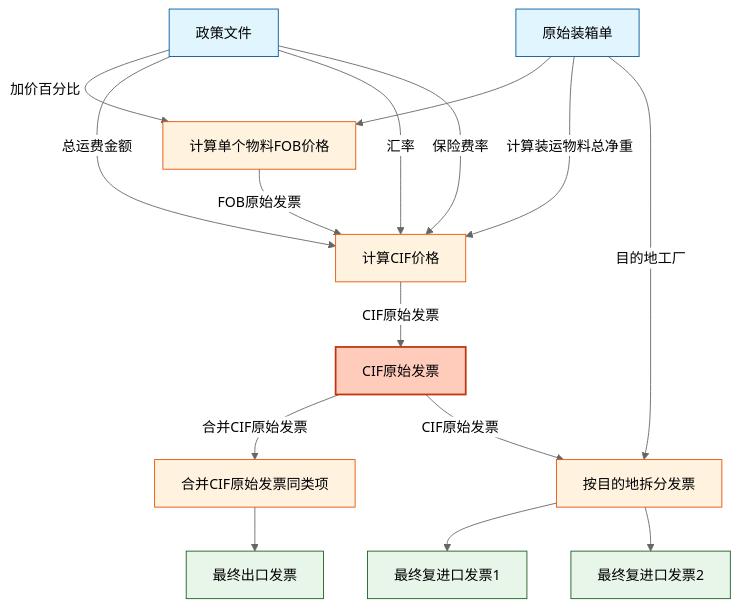
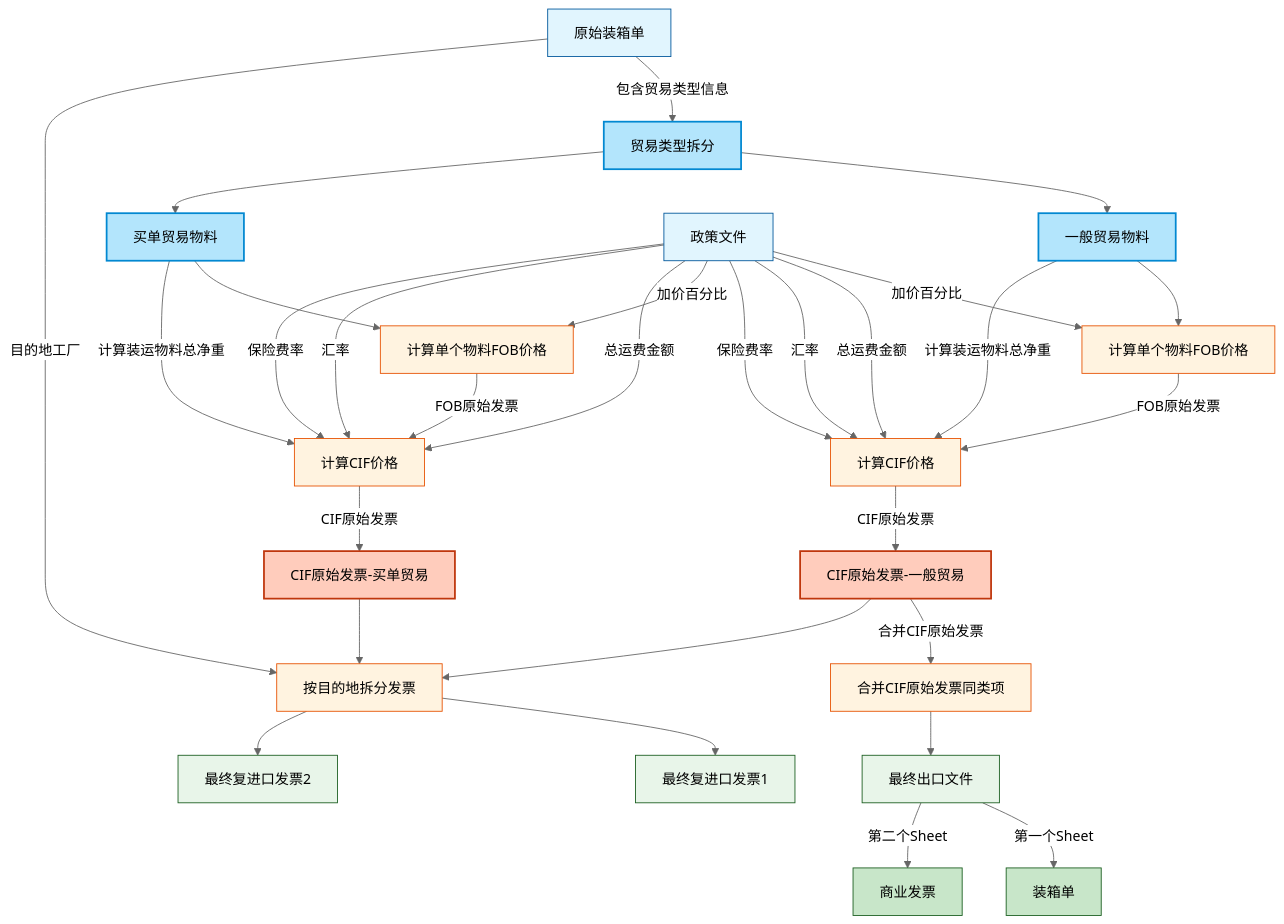
The second of 7 diagrams in WORKFLOW-CN.md (anlaganlag/export_reimport), drawn with Mermaid (neutral theme) before and after one commit. The commit also changed other lines of this file and 21 other files, not shown here.

````diff
--- a/WORKFLOW-CN.md
+++ b/WORKFLOW-CN.md
@@ -15,39 +27,65 @@
 ```mermaid
 graph TD
     %% 输入文件
-    OPL[原始装箱单] --> CFOB[计算单个物料FOB价格]
+    OPL[原始装箱单] --> |包含贸易类型信息|SPLIT[贸易类型拆分]
+    SPLIT --> GT[一般贸易物料]
+    SPLIT --> BT[买单贸易物料]
     
-    %% FOB计算
-    PF[政策文件] --> |加价百分比| CFOB
+    %% 一般贸易流程
+    GT --> CFOB_GT[计算单个物料FOB价格]
+    PF[政策文件] --> |加价百分比| CFOB_GT
     
-    %% FOB到CIF转换
-    OPL --> |计算装运物料总净重|CCIF[计算CIF价格]
-    PF --> |总运费金额|CCIF
-    PF --> |汇率|CCIF
-    PF --> |保险费率|CCIF
-    CFOB --> |FOB原始发票|CCIF
+    %% FOB到CIF转换 - 一般贸易
+    GT --> |计算装运物料总净重|CCIF_GT[计算CIF价格]
+    PF --> |总运费金额|CCIF_GT
+    PF --> |汇率|CCIF_GT
+    PF --> |保险费率|CCIF_GT
+    CFOB_GT --> |FOB原始发票|CCIF_GT
     
-    %% 生成CIF原始发票
-    CCIF --> |CIF原始发票|CIFORG[CIF原始发票]
+    %% 生成CIF原始发票 - 一般贸易
+    CCIF_GT --> |CIF原始发票|CIFORG_GT[CIF原始发票-一般贸易]
     
-    %% CIF到最终发票处理
-    CIFORG --> |合并CIF原始发票|MERGE[合并CIF原始发票同类项]
-    MERGE --> EXP[最终出口发票]
-
-    %% 拆分原始发票
-    CIFORG --> |CIF原始发票|SI[按目的地拆分发票]
+    %% CIF到最终发票处理 - 一般贸易
+    CIFORG_GT --> |合并CIF原始发票|MERGE[合并CIF原始发票同类项]
+    MERGE --> EXP[最终出口文件]
+    
+    %% 最终出口文件说明
+    EXP --> |第一个Sheet|PL[装箱单]
+    EXP --> |第二个Sheet|CI[商业发票]
+    
+    %% 买单贸易流程
+    BT --> CFOB_BT[计算单个物料FOB价格]
+    PF --> |加价百分比| CFOB_BT
+    
+    %% FOB到CIF转换 - 买单贸易
+    BT --> |计算装运物料总净重|CCIF_BT[计算CIF价格]
+    PF --> |总运费金额|CCIF_BT
+    PF --> |汇率|CCIF_BT
+    PF --> |保险费率|CCIF_BT
+    CFOB_BT --> |FOB原始发票|CCIF_BT
+    
+    %% 生成CIF原始发票 - 买单贸易
+    CCIF_BT --> |CIF原始发票|CIFORG_BT[CIF原始发票-买单贸易]
+    
+    %% 按工厂拆分发票 - 两种贸易类型共用
+    CIFORG_GT --> SI[按目的地拆分发票]
+    CIFORG_BT --> SI
     OPL --> |目的地工厂|SI
     SI --> RIMP1[最终复进口发票1]
     SI --> RIMP2[最终复进口发票2]
 
     %% 样式
     classDef input fill:#e1f5fe,stroke:#01579b
     classDef process fill:#fff3e0,stroke:#e65100
     classDef output fill:#e8f5e9,stroke:#1b5e20
     classDef highlight fill:#ffccbc,stroke:#bf360c,stroke-width:2px
+    classDef suboutput fill:#c8e6c9,stroke:#1b5e20
+    classDef split fill:#b3e5fc,stroke:#0288d1,stroke-width:2px
     
     class OPL,PF input
-    class CFOB,CCIF,SI,MERGE process
-    class CIFORG highlight
+    class CFOB_GT,CCIF_GT,CFOB_BT,CCIF_BT,SI,MERGE process
+    class CIFORG_GT,CIFORG_BT highlight
     class EXP,RIMP1,RIMP2 output
+    class PL,CI suboutput
+    class SPLIT,GT,BT split
 ```
````
